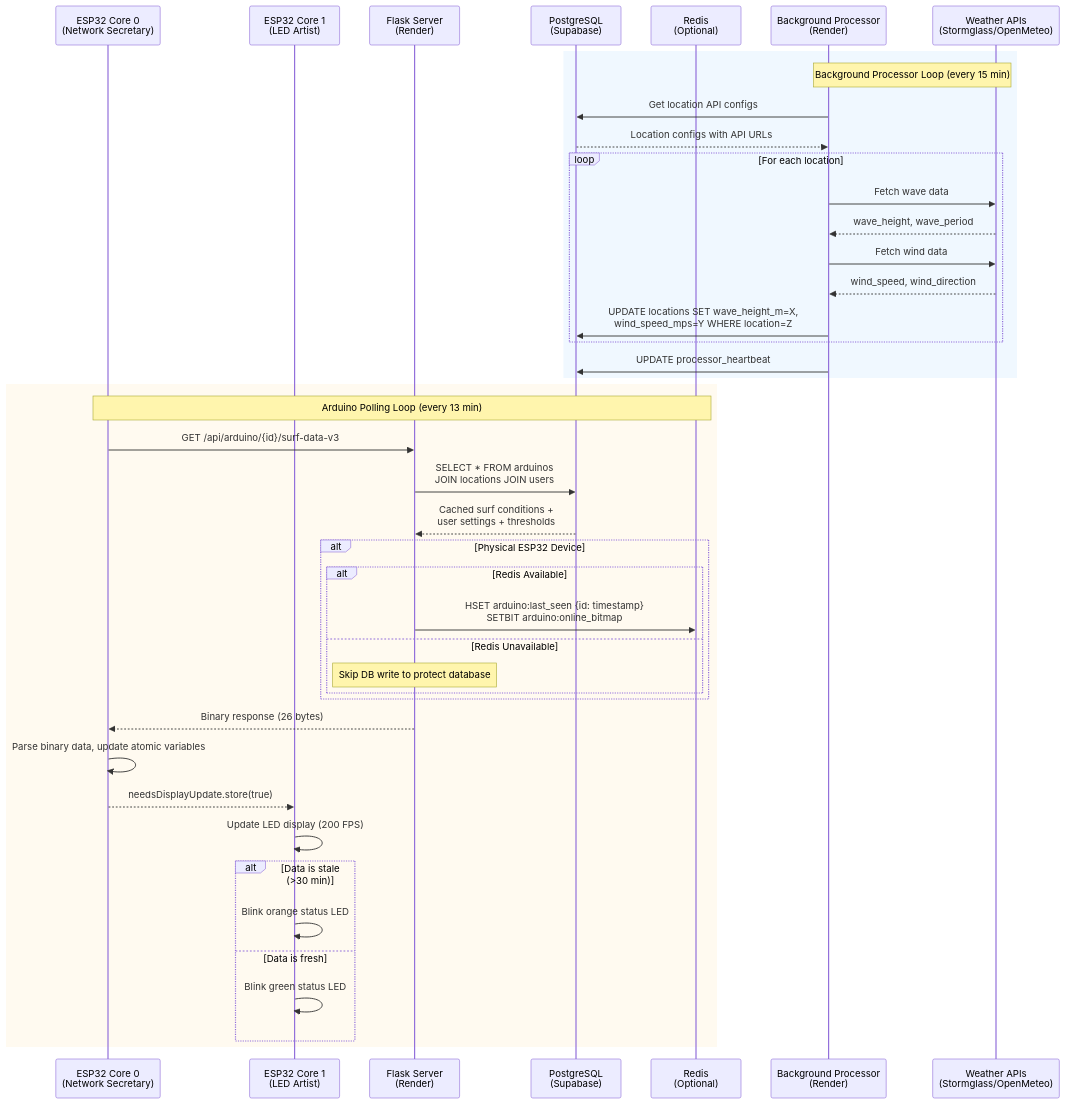
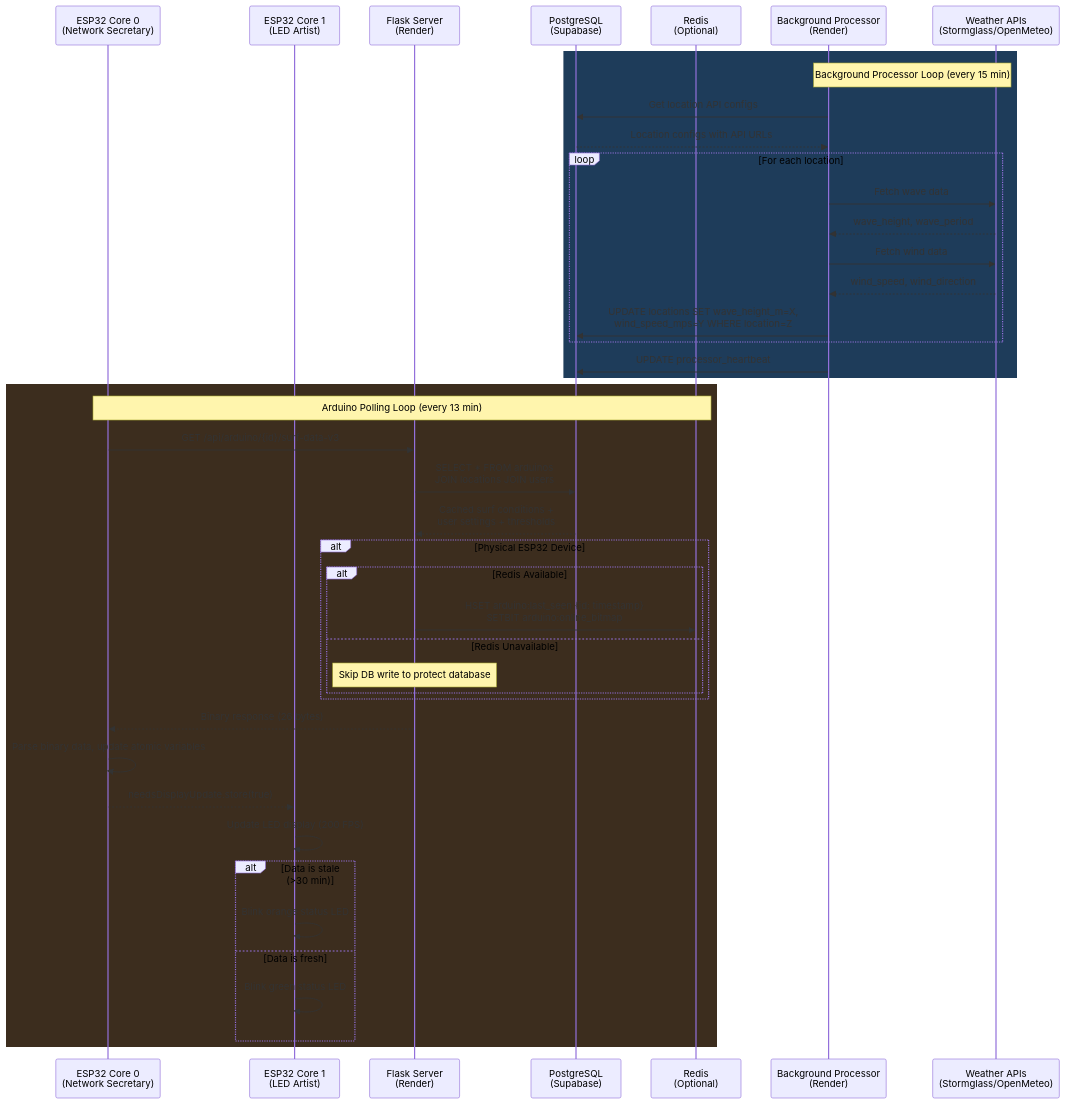
One commit to shahar42/final_surf_lamp changed the second of 2 diagrams in my_lib/communication_diagrams.md. Above: the diagram before and after it, drawn with Mermaid.

Commit message:
General Update

````diff
--- a/my_lib/communication_diagrams.md
+++ b/my_lib/communication_diagrams.md
@@ -47,55 +47,55 @@
 ```mermaid
 sequenceDiagram
     participant Core0 as ESP32 Core 0<br/>(Network Secretary)
     participant Core1 as ESP32 Core 1<br/>(LED Artist)
     participant Server as Flask Server<br/>(Render)
     participant DB as PostgreSQL<br/>(Supabase)
     participant Redis as Redis<br/>(Optional)
     participant Processor as Background Processor<br/>(Render)
     participant WeatherAPI as Weather APIs<br/>(Stormglass/OpenMeteo)
 
-    rect rgb(240, 248, 255)
+    rect rgb(30, 60, 90)
         Note over Processor,WeatherAPI: Background Processor Loop (every 15 min)
         Processor->>DB: Get location API configs
         DB-->>Processor: Location configs with API URLs
         
         loop For each location
             Processor->>WeatherAPI: Fetch wave data
             WeatherAPI-->>Processor: wave_height, wave_period
             Processor->>WeatherAPI: Fetch wind data
             WeatherAPI-->>Processor: wind_speed, wind_direction
             
             Processor->>DB: UPDATE locations SET wave_height_m=X,<br/>wind_speed_mps=Y WHERE location=Z
         end
         
         Processor->>DB: UPDATE processor_heartbeat
     end
 
-    rect rgb(255, 250, 240)
+    rect rgb(60, 45, 30)
         Note over Core0,Redis: Arduino Polling Loop (every 13 min)
         Core0->>Server: GET /api/arduino/{id}/surf-data-v3
         
         Server->>DB: SELECT * FROM arduinos<br/>JOIN locations JOIN users
         DB-->>Server: Cached surf conditions +<br/>user settings + thresholds
         
         alt Physical ESP32 Device
             alt Redis Available
                 Server->>Redis: HSET arduino:last_seen {id: timestamp}<br/>SETBIT arduino:online_bitmap
             else Redis Unavailable
                 Note over Server: Skip DB write to protect database
             end
         end
         
         Server-->>Core0: Binary response (26 bytes)
         
         Core0->>Core0: Parse binary data, update atomic variables
         Core0-->>Core1: needsDisplayUpdate.store(true)
         Core1->>Core1: Update LED display (200 FPS)
         
         alt Data is stale (>30 min)
             Core1->>Core1: Blink orange status LED
         else Data is fresh
             Core1->>Core1: Blink green status LED
         end
     end
 ```
````
